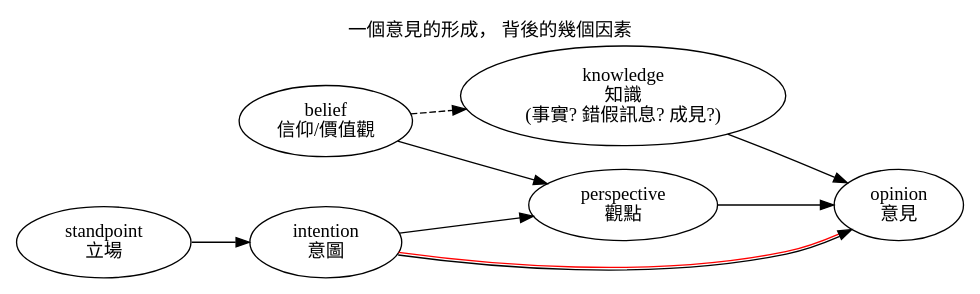
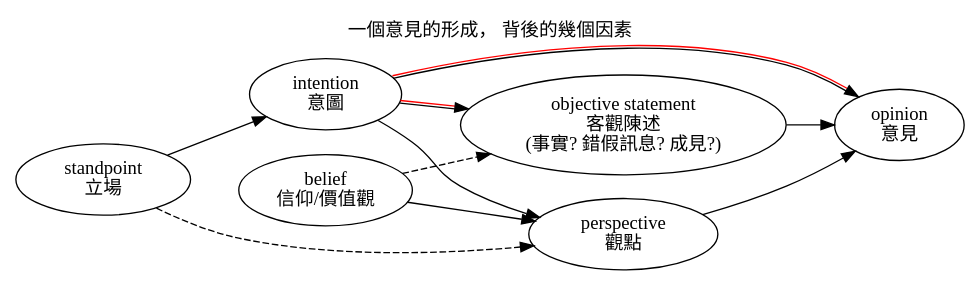
One commit to ckhung/ckhung.github.io changed the diagram in a/m/24/opinion.dot. Above: the diagram before and after it, drawn with Graphviz. The commit also changed 1 other file, not shown here.

```diff
--- a/a/m/24/opinion.dot
+++ b/a/m/24/opinion.dot
@@ -1,23 +1,25 @@
 // dot -Tsvg graphic-workflow.dot -o graphic-workflow.svg
 digraph "一個意見的形成， 背後的幾個因素" {
 
     label = "一個意見的形成， 背後的幾個因素";
     labelloc = "t";
     rankdir = "LR";
     overlap = scale;
     compound = true;
 
     belief [ label="belief\n信仰/價值觀" ];
     standpoint [ label="standpoint\n立場" ];
     perspective [ label="perspective\n觀點" ];
     opinion [ label="opinion\n意見" ];
     intention [ label="intention\n意圖" ];
-    knowledge [ label="knowledge\n知識\n(事實? 錯假訊息? 成見?)" ];
+    obj_statement [ label="objective statement\n客觀陳述\n(事實? 錯假訊息? 成見?)" ];
 
     belief -> perspective;
-    belief -> knowledge [ style="dashed" ];
+    belief -> obj_statement [ style="dashed" ];
     intention -> perspective;
     standpoint -> intention;
-    { perspective knowledge } -> opinion;
+    { perspective obj_statement } -> opinion;
+    standpoint -> perspective [ style="dashed" ];
     intention -> opinion [ color="black:red" ];
+    intention -> obj_statement [ color="black:red" ];
 }
```
